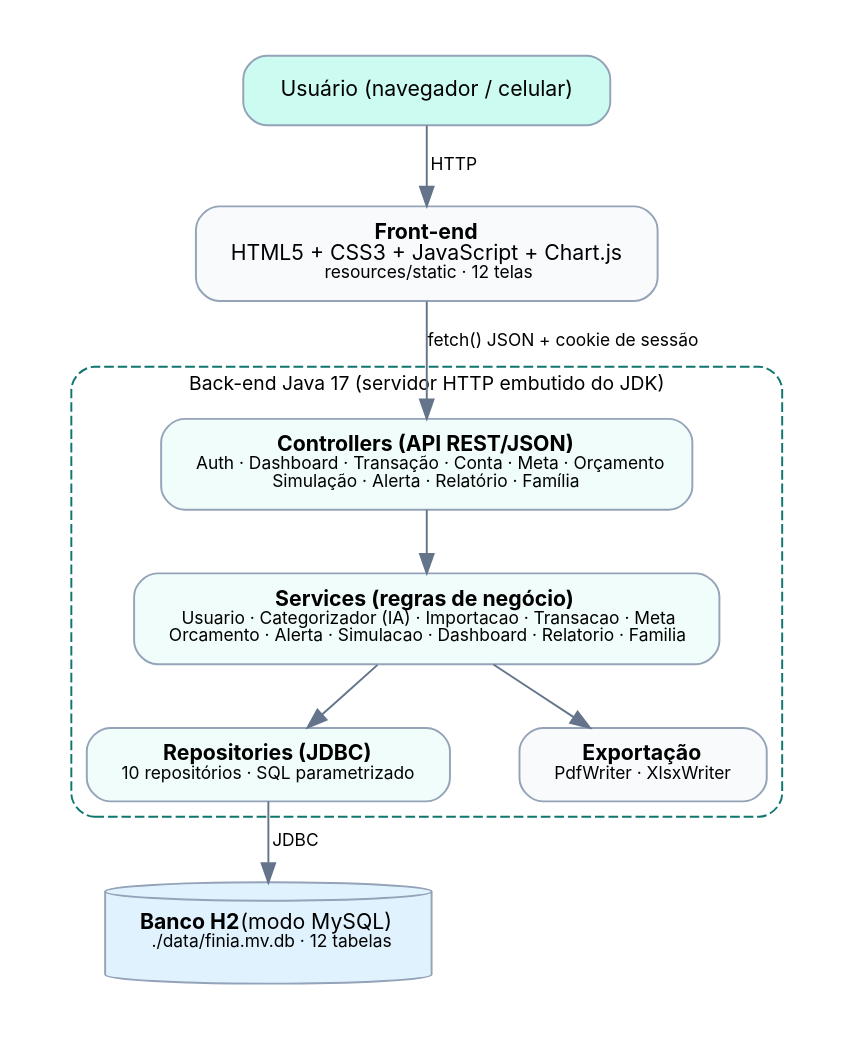
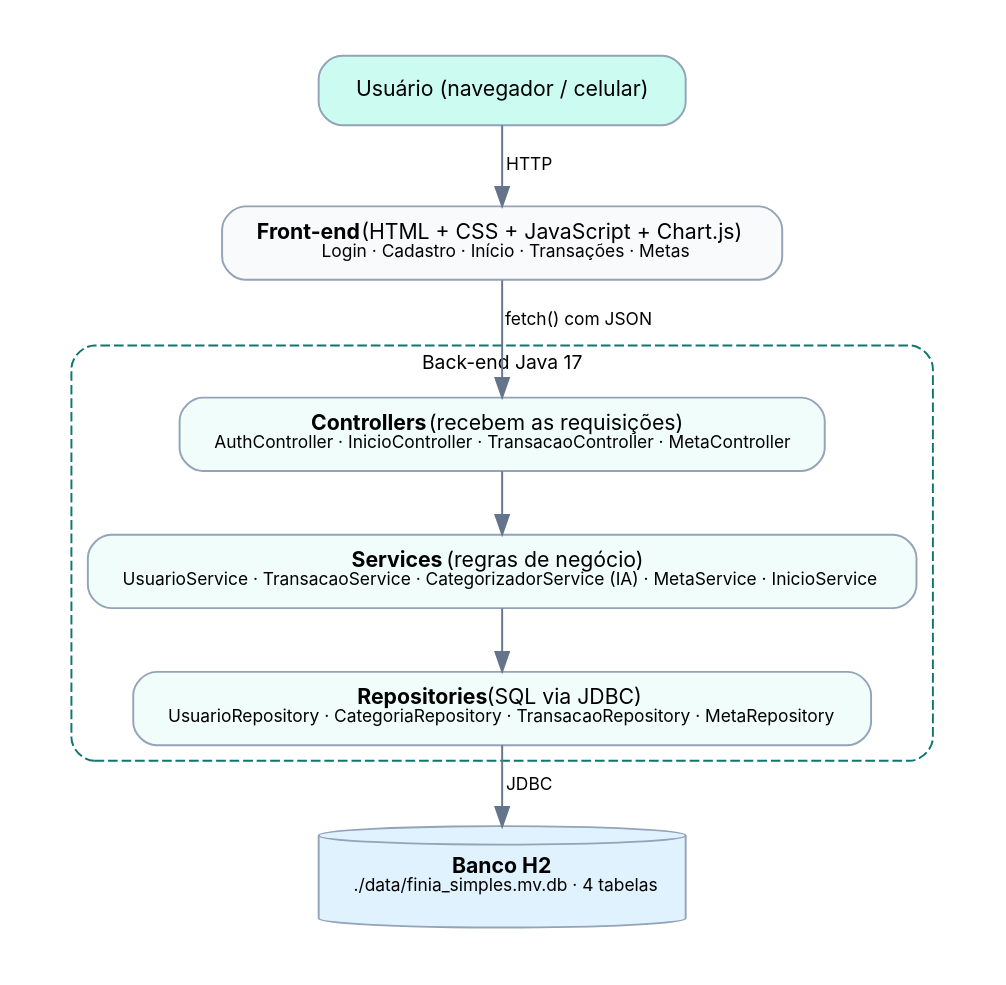
One commit to gabrielleonidass/FinIA changed the diagram in docs/arquitetura.dot. Above: the diagram before and after it, drawn with Graphviz. The commit also changed 89 other files, not shown here.

First line of the commit message:
Simplifica o FinIA: 5 telas (login, cadastro, início, transações, metas) e 4 tabelas

```diff
--- a/docs/arquitetura.dot
+++ b/docs/arquitetura.dot
@@ -1,16 +1,15 @@
 digraph A {
   graph [rankdir=TB, fontname="Inter", nodesep=0.5, ranksep=0.45, pad=0.3];
   node [shape=box, style="rounded,filled", fontname="Inter", fontsize=11, color="#94a3b8", fillcolor="#f8fafc", margin="0.25,0.12"];
   edge [color="#64748b", fontname="Inter", fontsize=9];
   user [label="Usuário (navegador / celular)", fillcolor="#ccfbf1"];
-  front [label=<<b>Front-end</b><br/>HTML5 + CSS3 + JavaScript + Chart.js<br/><font point-size="9">resources/static · 12 telas</font>>];
-  ctrl [label=<<b>Controllers (API REST/JSON)</b><br/><font point-size="9">Auth · Dashboard · Transação · Conta · Meta · Orçamento<br/>Simulação · Alerta · Relatório · Família</font>>, fillcolor="#f0fdfa"];
-  srv [label=<<b>Services (regras de negócio)</b><br/><font point-size="9">Usuario · Categorizador (IA) · Importacao · Transacao · Meta<br/>Orcamento · Alerta · Simulacao · Dashboard · Relatorio · Familia</font>>, fillcolor="#f0fdfa"];
-  repo [label=<<b>Repositories (JDBC)</b><br/><font point-size="9">10 repositórios · SQL parametrizado</font>>, fillcolor="#f0fdfa"];
-  db [label=<<b>Banco H2</b> (modo MySQL)<br/><font point-size="9">./data/finia.mv.db · 12 tabelas</font>>, shape=cylinder, fillcolor="#e0f2fe"];
-  exp [label=<<b>Exportação</b><br/><font point-size="9">PdfWriter · XlsxWriter</font>>];
+  front [label=<<b>Front-end</b> (HTML + CSS + JavaScript + Chart.js)<br/><font point-size="9">Login · Cadastro · Início · Transações · Metas</font>>];
+  ctrl [label=<<b>Controllers</b> (recebem as requisições)<br/><font point-size="9">AuthController · InicioController · TransacaoController · MetaController</font>>, fillcolor="#f0fdfa"];
+  srv [label=<<b>Services</b> (regras de negócio)<br/><font point-size="9">UsuarioService · TransacaoService · CategorizadorService (IA) · MetaService · InicioService</font>>, fillcolor="#f0fdfa"];
+  repo [label=<<b>Repositories</b> (SQL via JDBC)<br/><font point-size="9">UsuarioRepository · CategoriaRepository · TransacaoRepository · MetaRepository</font>>, fillcolor="#f0fdfa"];
+  db [label=<<b>Banco H2</b><br/><font point-size="9">./data/finia_simples.mv.db · 4 tabelas</font>>, shape=cylinder, fillcolor="#e0f2fe"];
   user -> front [label=" HTTP"];
-  front -> ctrl [label=" fetch() JSON + cookie de sessão"];
-  ctrl -> srv; srv -> repo; repo -> db [label=" JDBC"]; srv -> exp;
-  subgraph cluster_back { label="Back-end Java 17 (servidor HTTP embutido do JDK)"; fontname="Inter"; fontsize=10; style="rounded,dashed"; color="#0f766e"; ctrl; srv; repo; exp; }
+  front -> ctrl [label=" fetch() com JSON"];
+  ctrl -> srv; srv -> repo; repo -> db [label=" JDBC"];
+  subgraph cluster_back { label="Back-end Java 17"; fontname="Inter"; fontsize=10; style="rounded,dashed"; color="#0f766e"; ctrl; srv; repo; }
 }
```
